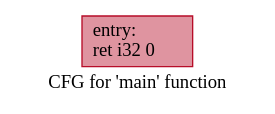
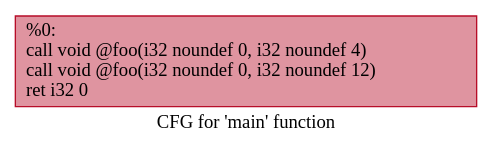
The diagram in Back-End/LLVM/.main.dot (lucaAnza/MyFirstLLVM_compiler), drawn with Graphviz before and after one commit. The commit also changed 10 other files, not shown here.

```diff
--- a/Back-End/LLVM/.main.dot
+++ b/Back-End/LLVM/.main.dot
@@ -1,5 +1,5 @@
 digraph "CFG for 'main' function" {
 	label="CFG for 'main' function";
 
-	Node0x56051773f810 [shape=record,color="#b70d28ff", style=filled, fillcolor="#b70d2870",label="{entry:\l  ret i32 0\l}"];
+	Node0x55c19ef0b840 [shape=record,color="#b70d28ff", style=filled, fillcolor="#b70d2870",label="{%0:\l  call void @foo(i32 noundef 0, i32 noundef 4)\l  call void @foo(i32 noundef 0, i32 noundef 12)\l  ret i32 0\l}"];
 }
```
